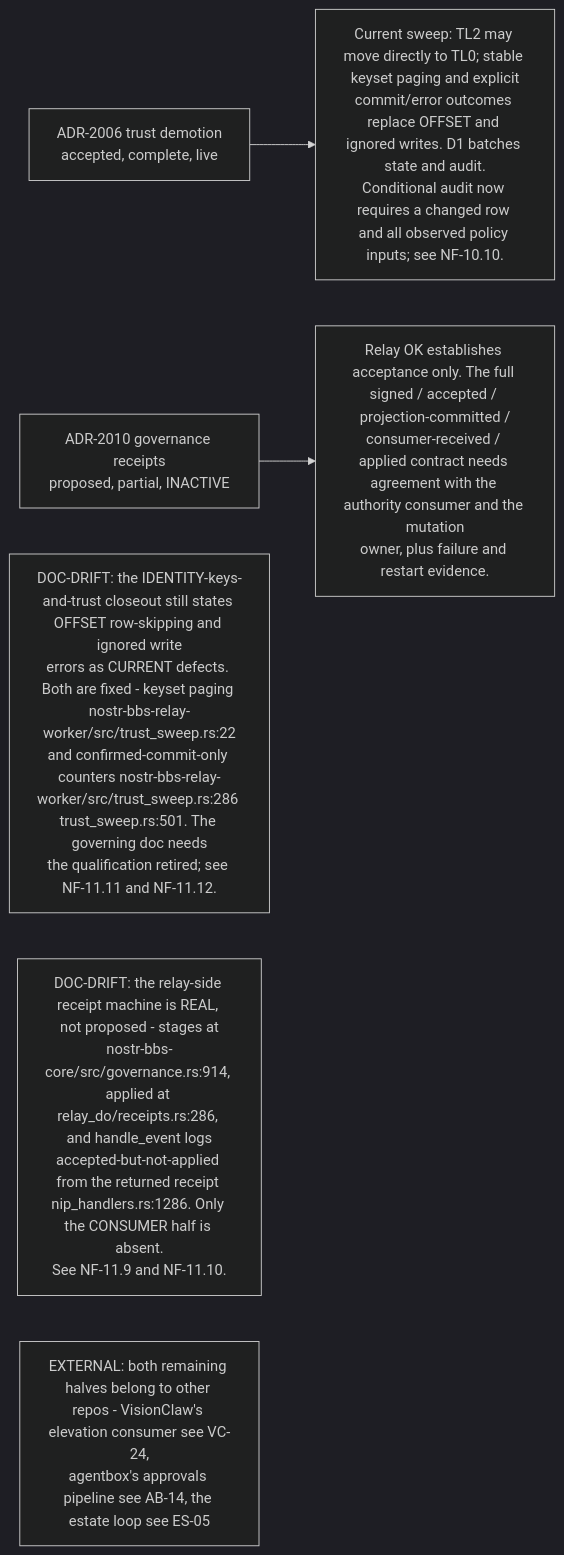
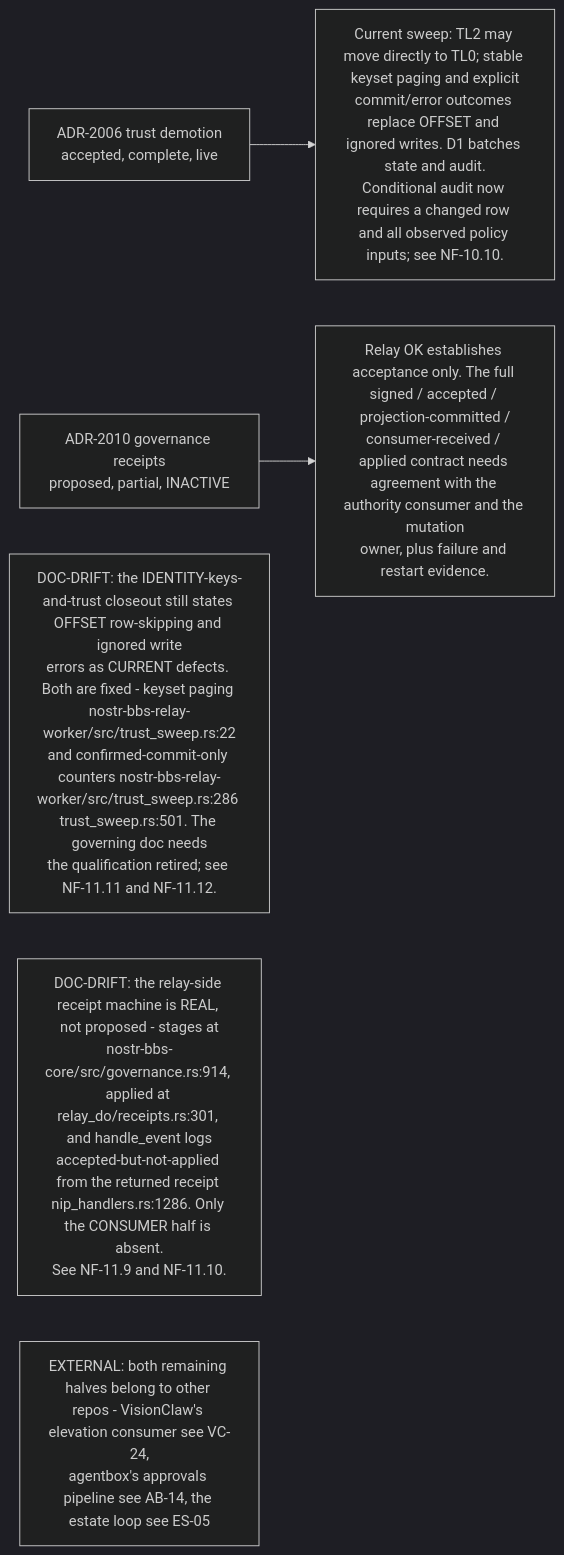
The seventh of 10 diagrams in docs/diagrams/nostr-rust-forum/10-invariants-and-anomaly-register.md (DreamLab-AI/VisionFlow), drawn with Mermaid (dark theme) before and after one commit. The commit also changed other lines of this file and 31 other files, not shown here.

````diff
--- a/docs/diagrams/nostr-rust-forum/10-invariants-and-anomaly-register.md
+++ b/docs/diagrams/nostr-rust-forum/10-invariants-and-anomaly-register.md
@@ -144,14 +148,14 @@
 ```mermaid
 flowchart LR
     A2006["ADR-2006 trust demotion<br/>accepted, complete, live"]
     Q2006["Current sweep: TL2 may move directly to TL0; stable keyset paging and explicit<br/>commit/error outcomes replace OFFSET and ignored writes. D1 batches state and audit.<br/>Conditional audit now requires a changed row and all observed policy inputs; see NF-10.10."]
     A2010["ADR-2010 governance receipts<br/>proposed, partial, INACTIVE"]
     Q2010["Relay OK establishes acceptance only. The full signed / accepted / projection-committed /<br/>consumer-received / applied contract needs agreement with the authority consumer and the mutation<br/>owner, plus failure and restart evidence."]
 
     A2006 --> Q2006
     A2010 --> Q2010
 
     N1["DOC-DRIFT: the IDENTITY-keys-and-trust closeout still states OFFSET row-skipping and ignored write<br/>errors as CURRENT defects. Both are fixed - keyset paging nostr-bbs-relay-worker/src/trust_sweep.rs:22<br/>and confirmed-commit-only counters nostr-bbs-relay-worker/src/trust_sweep.rs:286 trust_sweep.rs:501. The governing doc needs<br/>the qualification retired; see NF-11.11 and NF-11.12."]
-    N2["DOC-DRIFT: the relay-side receipt machine is REAL, not proposed - stages at<br/>nostr-bbs-core/src/governance.rs:914, applied at relay_do/receipts.rs:286, and handle_event logs<br/>accepted-but-not-applied from the returned receipt nip_handlers.rs:1286. Only the CONSUMER half is absent.<br/>See NF-11.9 and NF-11.10."]
+    N2["DOC-DRIFT: the relay-side receipt machine is REAL, not proposed - stages at<br/>nostr-bbs-core/src/governance.rs:914, applied at relay_do/receipts.rs:301, and handle_event logs<br/>accepted-but-not-applied from the returned receipt nip_handlers.rs:1286. Only the CONSUMER half is absent.<br/>See NF-11.9 and NF-11.10."]
     N3["EXTERNAL: both remaining halves belong to other repos - VisionClaw's elevation consumer see VC-24,<br/>agentbox's approvals pipeline see AB-14, the estate loop see ES-05"]
 ```
````
